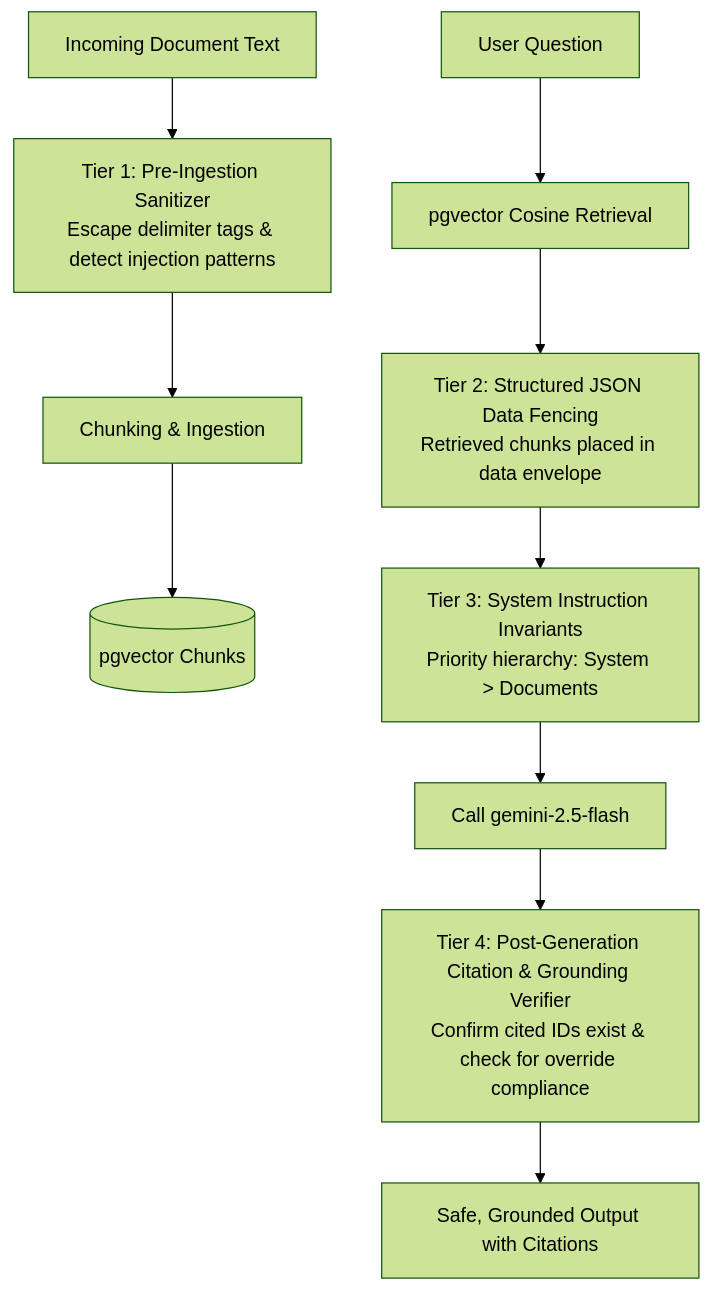
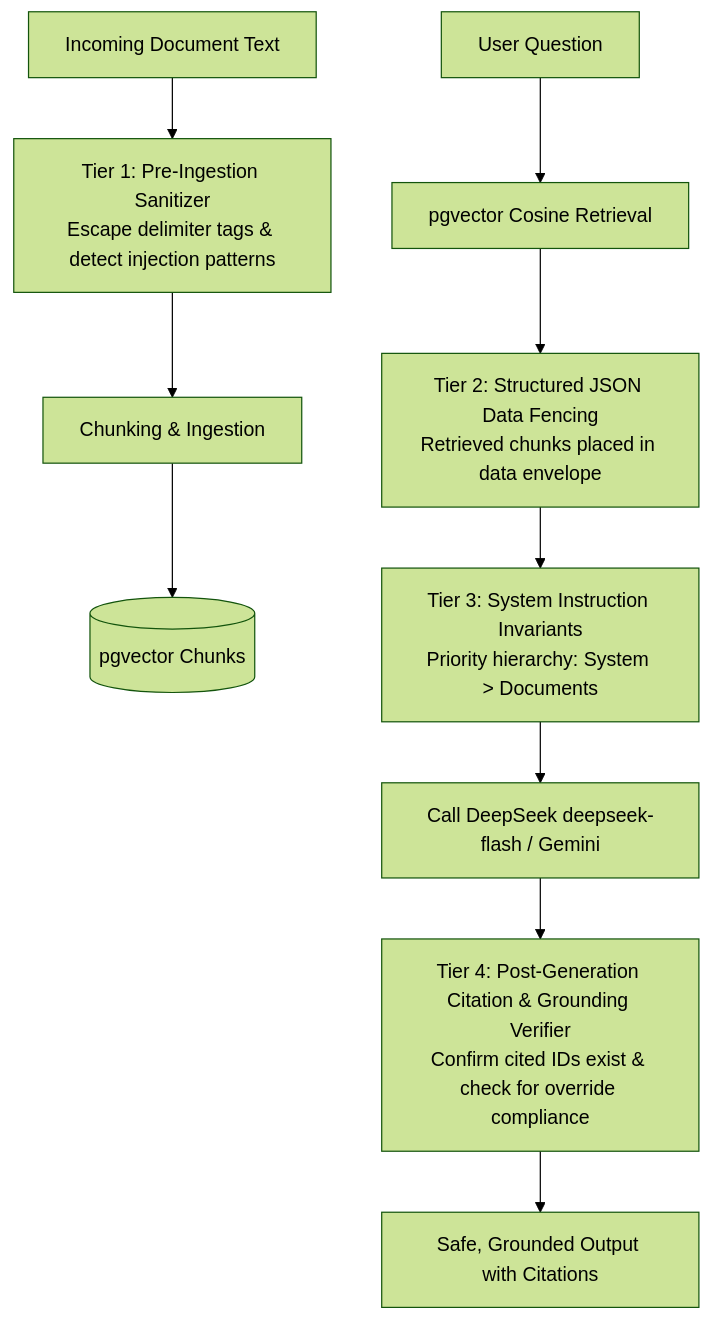
The second of 2 diagrams in ARCHITECTURE.md (ScrappyAT/grounded-rag), drawn with Mermaid (forest theme) before and after one commit. The commit also changed other lines of this file and 8 other files, not shown here.

Commit message:
docs: audit README, architecture, and submission checklist for graduation assessment

````diff
--- a/ARCHITECTURE.md
+++ b/ARCHITECTURE.md
@@ -317,16 +325,16 @@
 ```mermaid
 flowchart TD
     DocText[Incoming Document Text] --> PreIngest[Tier 1: Pre-Ingestion Sanitizer<br/>Escape delimiter tags & detect injection patterns]
     PreIngest --> Chunker[Chunking & Ingestion]
     Chunker --> VectorDB[(pgvector Chunks)]
 
     UserQuery[User Question] --> Retrieve[pgvector Cosine Retrieval]
     Retrieve --> ContextFence[Tier 2: Structured JSON Data Fencing<br/>Retrieved chunks placed in data envelope]
-    
+
     ContextFence --> PromptHarden[Tier 3: System Instruction Invariants<br/>Priority hierarchy: System > Documents]
-    
-    PromptHarden --> LLMCall[Call gemini-2.5-flash]
+
+    PromptHarden --> LLMCall[Call DeepSeek deepseek-flash / Gemini]
     LLMCall --> PostVerify[Tier 4: Post-Generation Citation & Grounding Verifier<br/>Confirm cited IDs exist & check for override compliance]
-    
+
     PostVerify --> Output[Safe, Grounded Output with Citations]
 ```
````
